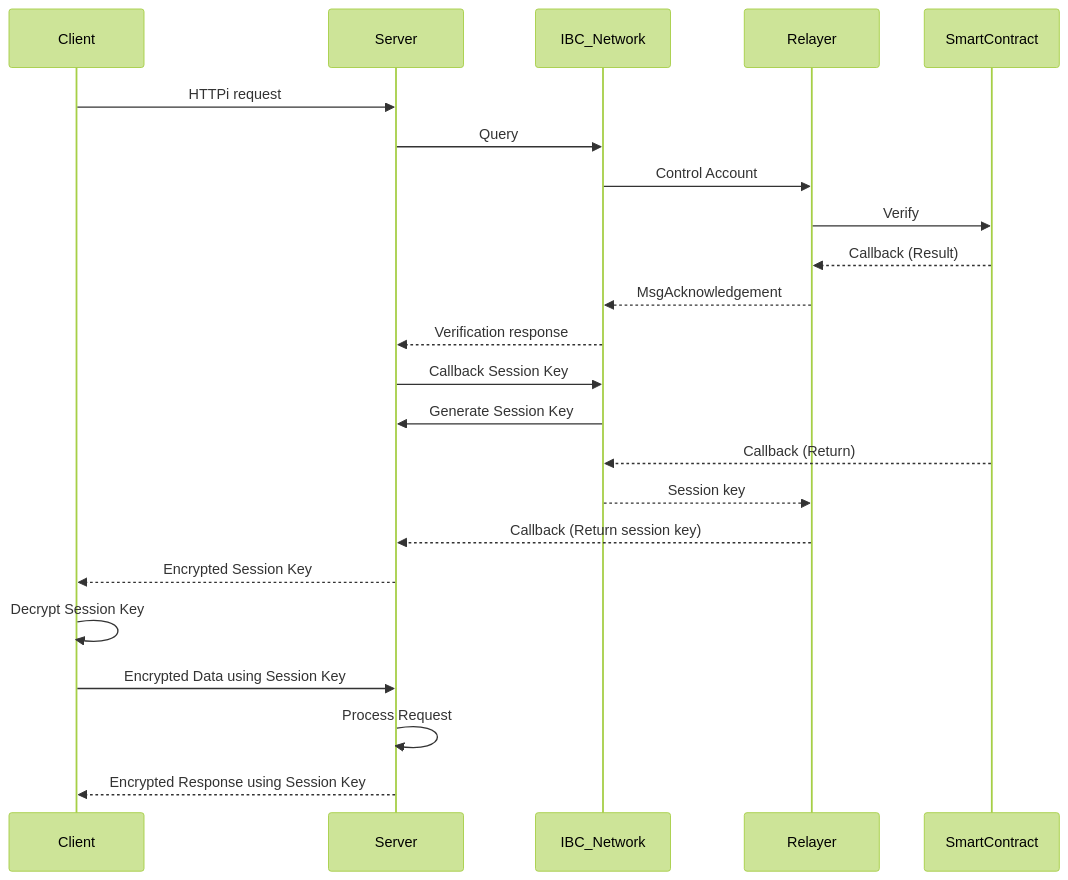
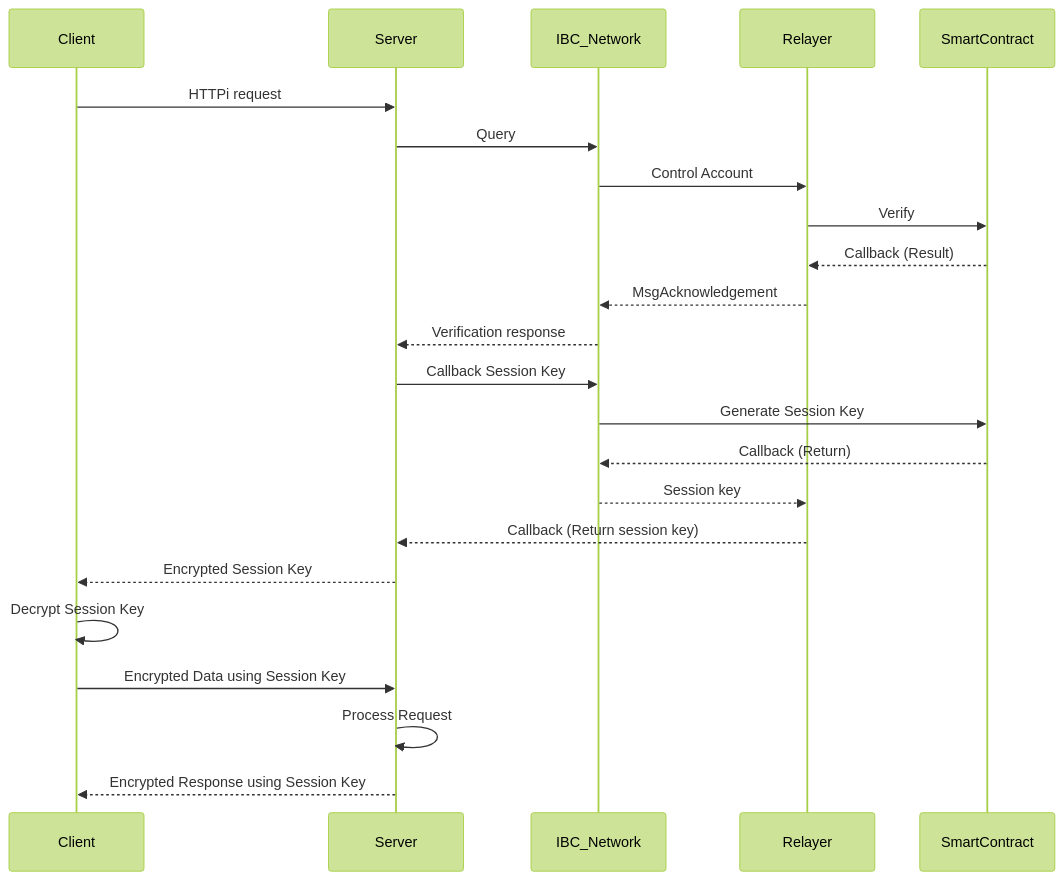
Before and after one commit to Joseph-hackathon/hackathon: the diagram in Ideahacker's Guide to IBC.md, drawn with Mermaid (forest theme).

Commit message:
Update Ideahacker's Guide to IBC.md

````diff
--- a/Ideahacker's Guide to IBC.md
+++ b/Ideahacker's Guide to IBC.md
@@ -36,26 +36,26 @@
 ```mermaid
 sequenceDiagram
     participant Client
     participant Server
     participant IBC_Network
     participant Relayer
     participant SmartContract
 
     Client ->> Server: HTTPi request
     Server ->> IBC_Network: Query
     IBC_Network ->> Relayer: Control Account
     Relayer ->> SmartContract: Verify
     SmartContract -->> Relayer: Callback (Result)
     Relayer -->> IBC_Network: MsgAcknowledgement
     IBC_Network -->> Server: Verification response
     Server ->> IBC_Network: Callback Session Key
-    IBC_Network ->> Server: Generate Session Key
+    IBC_Network ->> SmartContract: Generate Session Key
     SmartContract -->> IBC_Network: Callback (Return)
     IBC_Network -->> Relayer: Session key
     Relayer -->> Server: Callback (Return session key)
     Server -->> Client: Encrypted Session Key
     Client ->> Client: Decrypt Session Key
     Client ->> Server: Encrypted Data using Session Key
     Server ->> Server: Process Request
     Server -->> Client: Encrypted Response using Session Key
 ```
````
